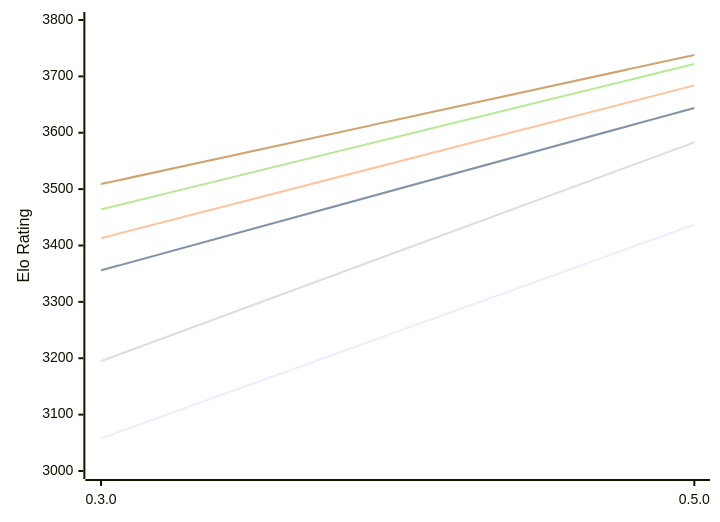
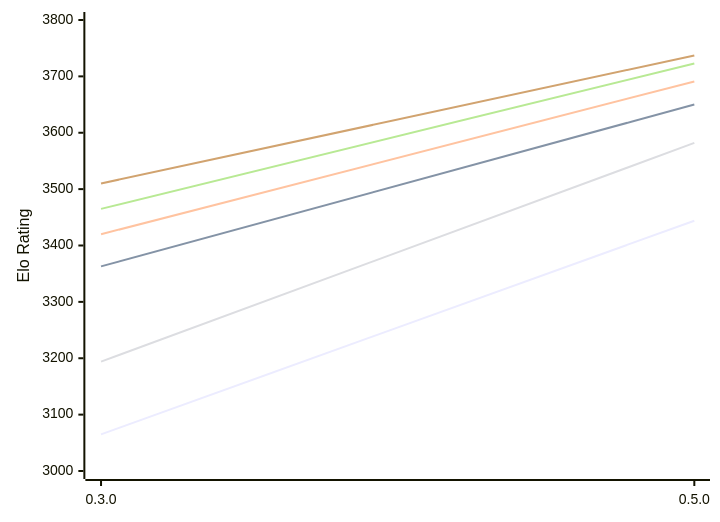
The first of 2 diagrams in engines/Justbot.md (computer-chess-index/cci), drawn with Mermaid before and after one commit. The commit also changed other lines of this file, not shown here.

Commit message:
Update CCI Ratings (ELO VLTC) - 2026-11-10

````diff
--- a/engines/Justbot.md
+++ b/engines/Justbot.md
@@ -53,12 +53,12 @@
 ```mermaid
 %%{init: {"theme":"base","themeVariables":{"seriesColors:['#a3a3a3','#222221','#faa371']}}}%%
 xychart-beta
   x-axis ["0.3.0", "0.5.0"]
   y-axis "Elo Rating" 3000 --> 3800
-  line "E1: STC (8.0+0.08s)" [3058, 3437]
-  line "E1: LTC (60.0+0.60s)" [3356, 3644]
-  line "E1: VLTC (2m24s+1.12s)" [3413, 3684]
-  line "P1: STC (8.0+0.08s)" [3195, 3583]
-  line "P1: LTC (60.0+0.60s)" [3464, 3722]
-  line "P1: VLTC (2m24s+1.12s)" [3509, 3738]
+  line "E1: STC (8.0+0.08s)" [3065, 3444]
+  line "E1: LTC (60.0+0.60s)" [3363, 3650]
+  line "E1: VLTC (2m24s+1.12s)" [3420, 3691]
+  line "P1: STC (8.0+0.08s)" [3194, 3582]
+  line "P1: LTC (60.0+0.60s)" [3465, 3723]
+  line "P1: VLTC (2m24s+1.12s)" [3510, 3737]
 ```
````
